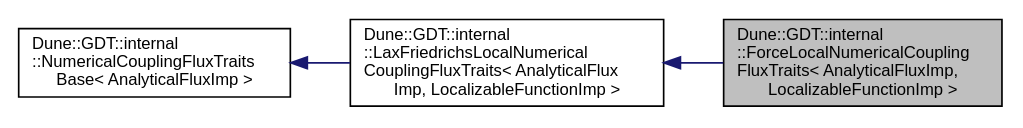
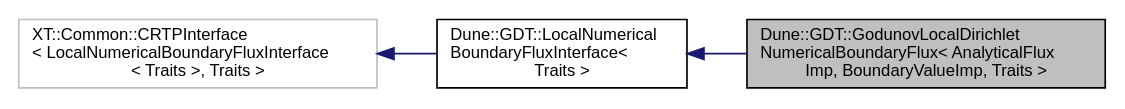
Before and after one commit to dune-community/dune-community.github.io: the diagram in docs/dune-gdt/''/a01192.dot, drawn with Graphviz. The commit also changed 2591 other files, not shown here.

Commit message:
Updated documentation for dune-gdt ''

```diff
--- a/docs/dune-gdt/''/a01192.dot
+++ b/docs/dune-gdt/''/a01192.dot
@@ -1,11 +1,11 @@
-digraph "Dune::GDT::internal::ForceLocalNumericalCouplingFluxTraits&lt; AnalyticalFluxImp, LocalizableFunctionImp &gt;"
+digraph "Dune::GDT::GodunovLocalDirichletNumericalBoundaryFlux&lt; AnalyticalFluxImp, BoundaryValueImp, Traits &gt;"
 {
   edge [fontname="Helvetica",fontsize="10",labelfontname="Helvetica",labelfontsize="10"];
   node [fontname="Helvetica",fontsize="10",shape=record];
   rankdir="LR";
-  Node0 [label="Dune::GDT::internal\l::ForceLocalNumericalCoupling\lFluxTraits\< AnalyticalFluxImp,\l LocalizableFunctionImp \>",height=0.2,width=0.4,color="black", fillcolor="grey75", style="filled", fontcolor="black"];
+  Node0 [label="Dune::GDT::GodunovLocalDirichlet\lNumericalBoundaryFlux\< AnalyticalFlux\lImp, BoundaryValueImp, Traits \>",height=0.2,width=0.4,color="black", fillcolor="grey75", style="filled", fontcolor="black"];
   Node1 -> Node0 [dir="back",color="midnightblue",fontsize="10",style="solid",fontname="Helvetica"];
-  Node1 [label="Dune::GDT::internal\l::LaxFriedrichsLocalNumerical\lCouplingFluxTraits\< AnalyticalFlux\lImp, LocalizableFunctionImp \>",height=0.2,width=0.4,color="black", fillcolor="white", style="filled",URL="$a01261.html"];
+  Node1 [label="Dune::GDT::LocalNumerical\lBoundaryFluxInterface\<\l Traits \>",height=0.2,width=0.4,color="black", fillcolor="white", style="filled",URL="$a01217.html"];
   Node2 -> Node1 [dir="back",color="midnightblue",fontsize="10",style="solid",fontname="Helvetica"];
-  Node2 [label="Dune::GDT::internal\l::NumericalCouplingFluxTraits\lBase\< AnalyticalFluxImp \>",height=0.2,width=0.4,color="black", fillcolor="white", style="filled",URL="$a01113.html"];
+  Node2 [label="XT::Common::CRTPInterface\l\< LocalNumericalBoundaryFluxInterface\l\< Traits \>, Traits \>",height=0.2,width=0.4,color="grey75", fillcolor="white", style="filled"];
 }
```
